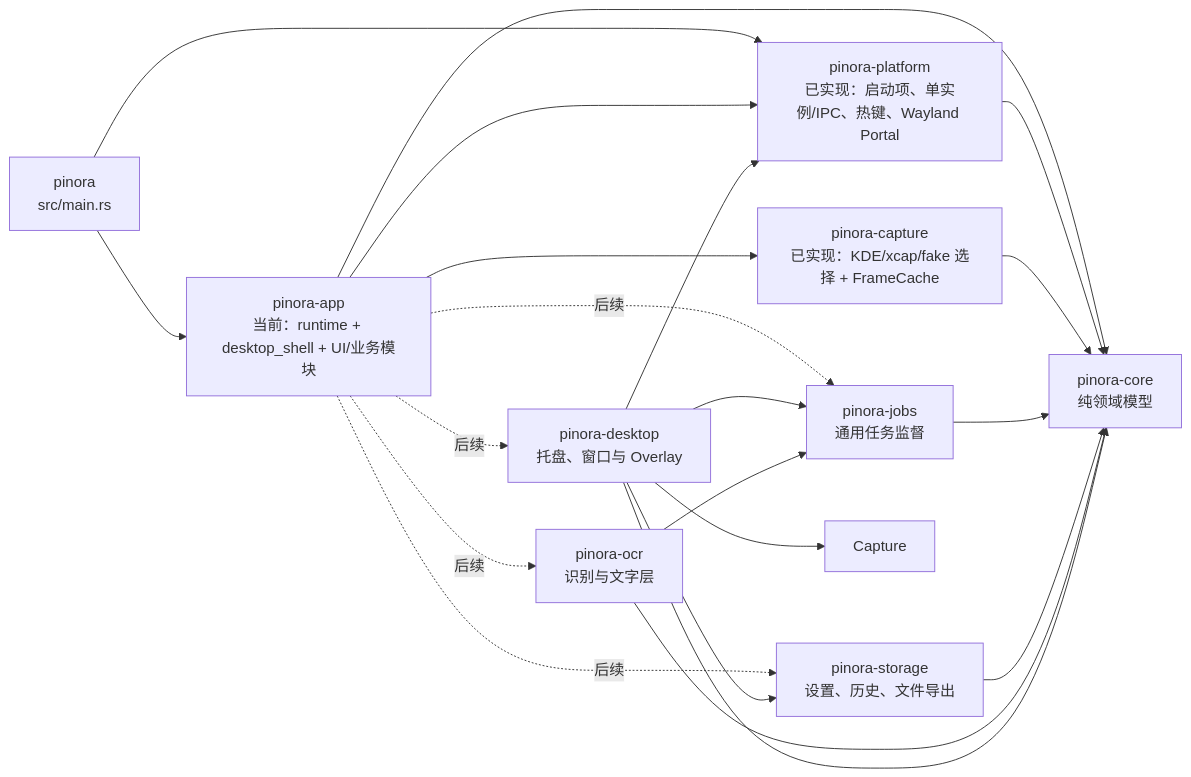
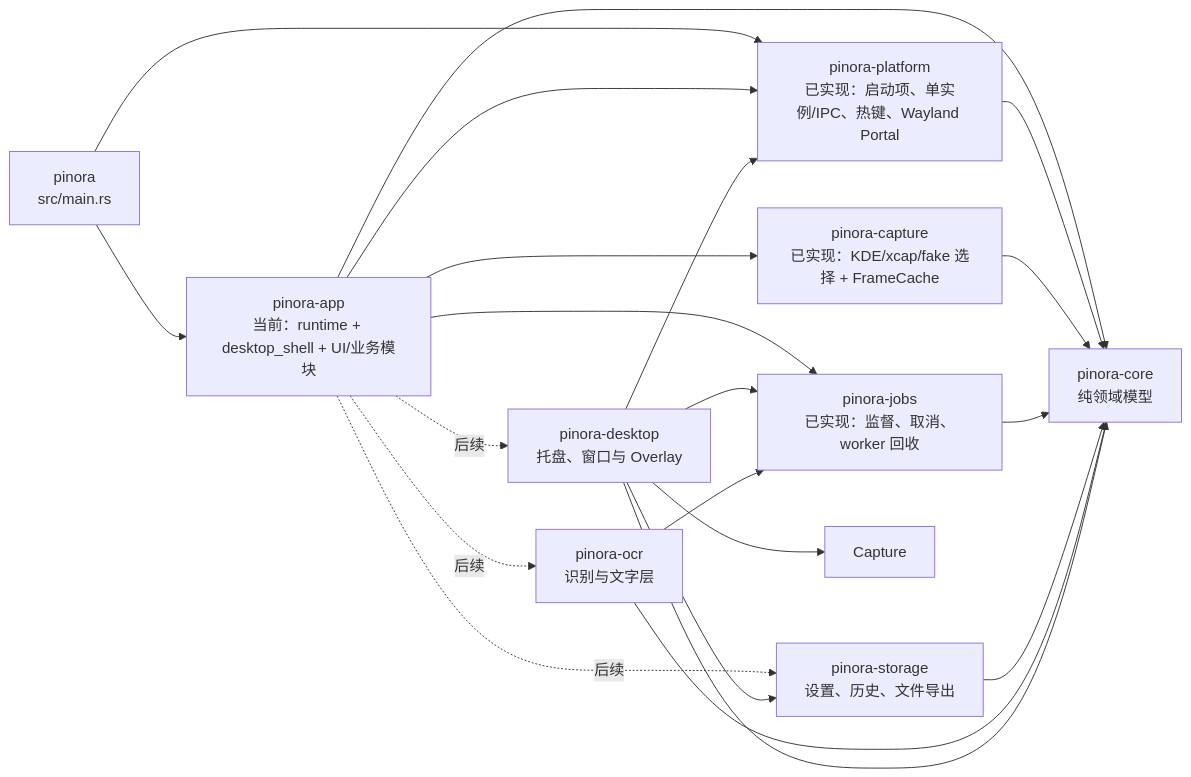
The third of 23 diagrams in docs/Pinora-开发设计文档.md (yhyzgn/pinora), drawn with Mermaid before and after one commit. The commit also changed other lines of this file and 20 other files, not shown here.

````diff
--- a/docs/Pinora-开发设计文档.md
+++ b/docs/Pinora-开发设计文档.md
@@ -236,24 +236,24 @@
 ```mermaid
 flowchart LR
     Main["pinora\nsrc/main.rs"] --> App["pinora-app\n当前：runtime + desktop_shell + UI/业务模块"]
     Main --> Platform["pinora-platform\n已实现：启动项、单实例/IPC、热键、Wayland Portal"]
     App --> Platform
     App --> Core["pinora-core\n纯领域模型"]
     Platform --> Core
 
     App --> CaptureNow["pinora-capture\n已实现：KDE/xcap/fake 选择 + FrameCache"]
     CaptureNow --> Core
-    App -. 后续 .-> Jobs["pinora-jobs\n通用任务监督"]
+    App --> JobsNow["pinora-jobs\n已实现：监督、取消、worker 回收"]
+    JobsNow --> Core
     App -. 后续 .-> Storage["pinora-storage\n设置、历史、文件导出"]
     App -. 后续 .-> Desktop["pinora-desktop\n托盘、窗口与 Overlay"]
     App -. 后续 .-> Ocr["pinora-ocr\n识别与文字层"]
-    Jobs --> Core
     Storage --> Core
     Ocr --> Core
     Desktop --> Core
     Desktop --> Platform
     Desktop --> Capture
-    Desktop --> Jobs
+    Desktop --> JobsNow
     Desktop --> Storage
-    Ocr --> Jobs
+    Ocr --> JobsNow
 ```
````
